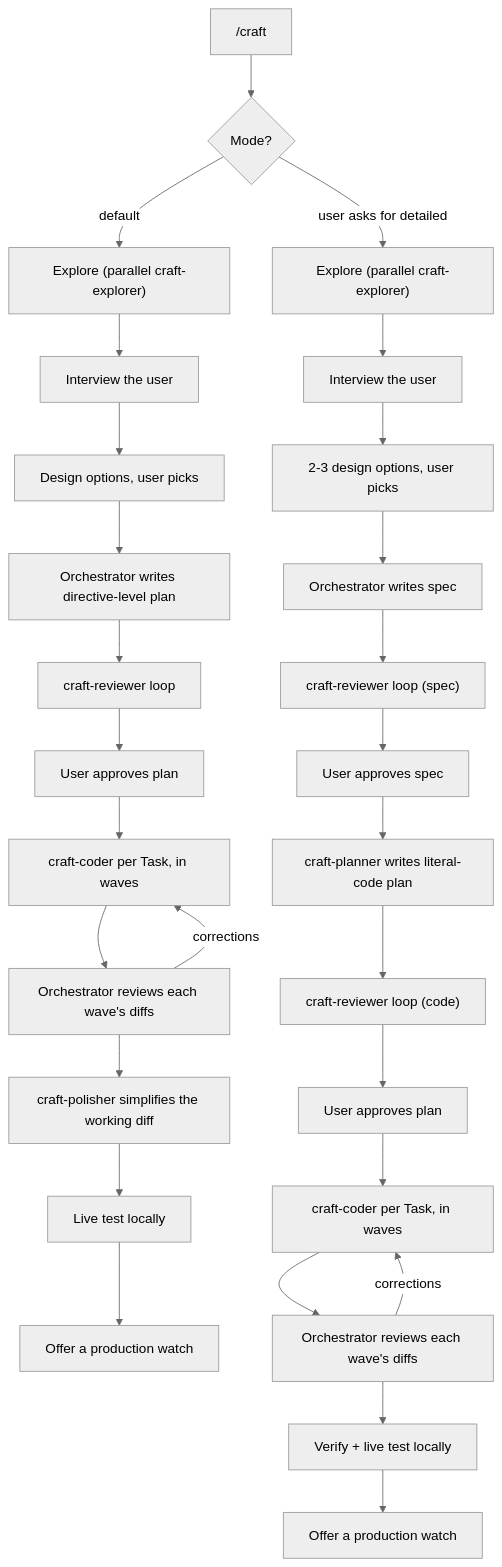
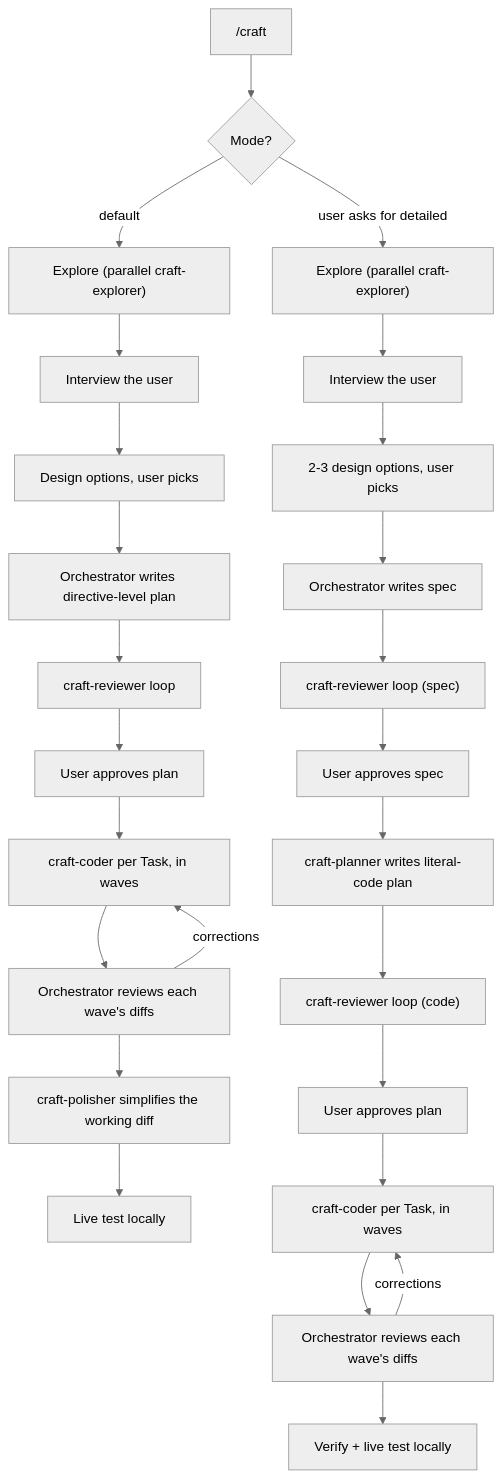
The diagram in README.md (AidenHadisi/craft), drawn with Mermaid (neutral theme) before and after one commit. The commit also changed other lines of this file and 7 other files, not shown here.

````diff
--- a/README.md
+++ b/README.md
@@ -41,31 +41,29 @@
 ```mermaid
 flowchart TD
     start["/craft"] --> mode{"Mode?"}
     mode -->|default| qexplore["Explore (parallel craft-explorer)"]
     qexplore --> qinterview["Interview the user"]
     qinterview --> qdesigns["Design options, user picks"]
     qdesigns --> qplan["Orchestrator writes directive-level plan"]
     qplan --> qplanrev["craft-reviewer loop"]
     qplanrev --> qgate["User approves plan"]
     qgate --> qbuild["craft-coder per Task, in waves"]
     qbuild --> qreview["Orchestrator reviews each wave's diffs"]
     qreview -->|corrections| qbuild
     qreview --> qpolish["craft-polisher simplifies the working diff"]
     qpolish --> qverify["Live test locally"]
-    qverify --> qwatch["Offer a production watch"]
 
     mode -->|"user asks for detailed"| dexplore["Explore (parallel craft-explorer)"]
     dexplore --> interview["Interview the user"]
     interview --> designs["2-3 design options, user picks"]
     designs --> spec["Orchestrator writes spec"]
     spec --> specrev["craft-reviewer loop (spec)"]
     specrev --> specgate["User approves spec"]
     specgate --> planner["craft-planner writes literal-code plan"]
     planner --> coderev["craft-reviewer loop (code)"]
     coderev --> plangate["User approves plan"]
     plangate --> dbuild["craft-coder per Task, in waves"]
     dbuild --> dreview["Orchestrator reviews each wave's diffs"]
     dreview -->|corrections| dbuild
     dreview --> dverify["Verify + live test locally"]
-    dverify --> dwatch["Offer a production watch"]
 ```
````
